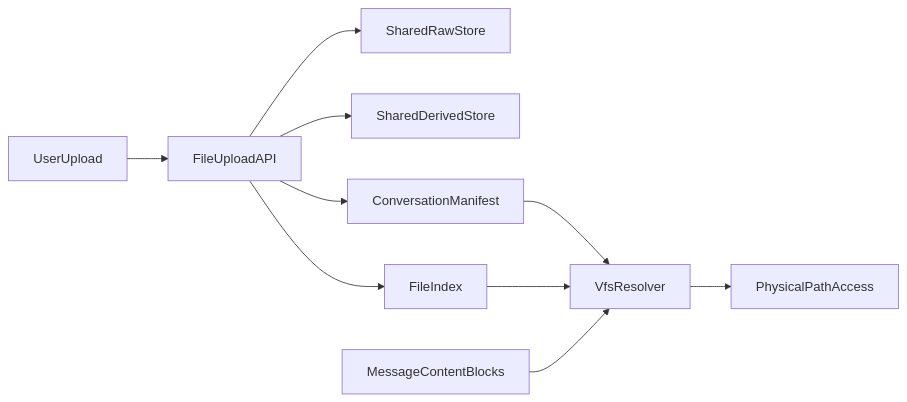
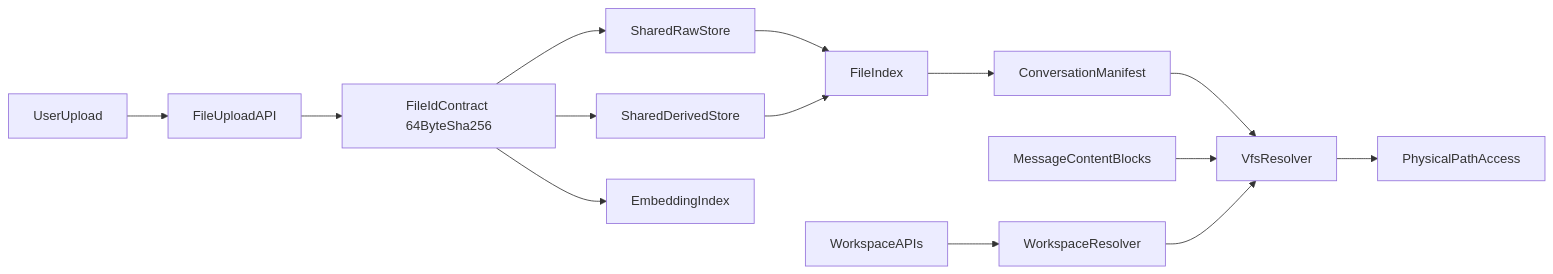
Before and after one commit to wuhonglei/chat-agent: the diagram in .cursor/plans/会话文件虚拟路径迁移_be886c22.plan.md, drawn with Mermaid. The commit also changed other lines of this file, not shown here.

Commit message:
feat: 更新会话文件虚拟路径迁移方案文档，拆分迁移层次并补充 workspace 路径迁移策略

````diff
--- a/.cursor/plans/会话文件虚拟路径迁移_be886c22.plan.md
+++ b/.cursor/plans/会话文件虚拟路径迁移_be886c22.plan.md
@@ -49,12 +66,16 @@
 ```mermaid
 flowchart LR
     userUpload[UserUpload] --> uploadApi[FileUploadAPI]
-    uploadApi --> sharedRaw[SharedRawStore]
-    uploadApi --> sharedDerived[SharedDerivedStore]
-    uploadApi --> fileIndex[FileIndex]
-    uploadApi --> convManifest[ConversationManifest]
+    uploadApi --> fileIdContract["FileIdContract 64ByteSha256"]
+    fileIdContract --> sharedRaw[SharedRawStore]
+    fileIdContract --> sharedDerived[SharedDerivedStore]
+    fileIdContract --> embeddingIndex[EmbeddingIndex]
+    sharedRaw --> fileIndex[FileIndex]
+    sharedDerived --> fileIndex
+    fileIndex --> convManifest[ConversationManifest]
     convManifest --> vfsResolver[VfsResolver]
-    fileIndex --> vfsResolver
     chatBlocks[MessageContentBlocks] --> vfsResolver
+    workspaceApis[WorkspaceAPIs] --> workspaceResolver[WorkspaceResolver]
+    workspaceResolver --> vfsResolver
     vfsResolver --> physicalPath[PhysicalPathAccess]
 ```
````
